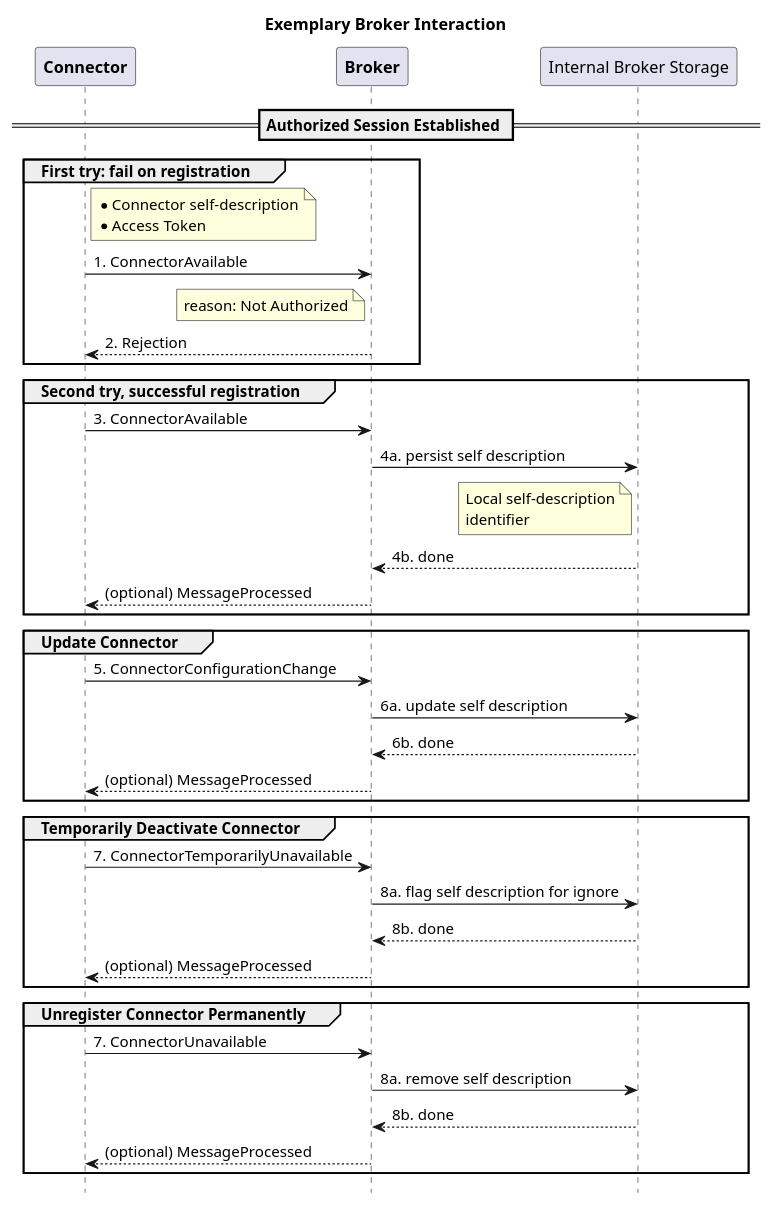
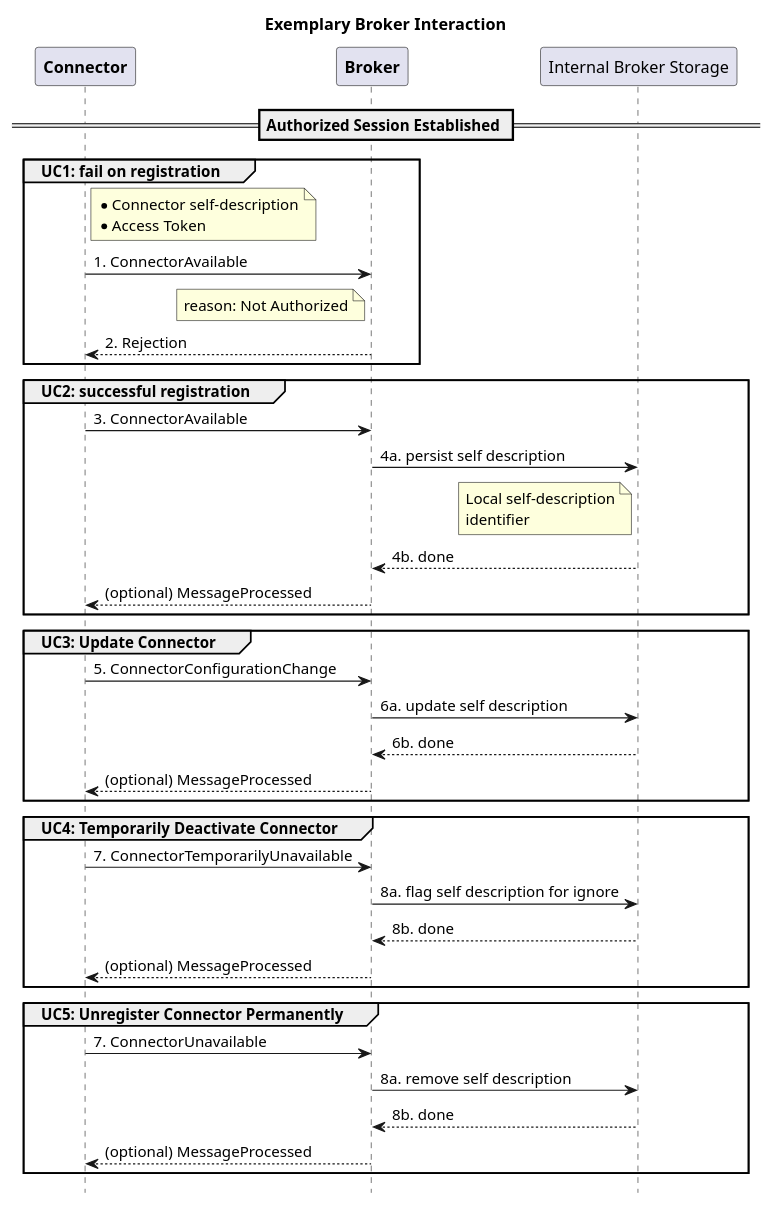
Before and after one commit to IndustrialDataSpace/Documentation: the diagram in broker_interaction.plantuml, drawn with PlantUML.

Commit message:
enumerate use cases

```diff
--- a/broker_interaction.plantuml
+++ b/broker_interaction.plantuml
@@ -1,49 +1,49 @@
 @startuml
 
 hide footbox
 
 title Exemplary Broker Interaction
 
 participant "**Connector**" as C
 participant "**Broker**" as B
 participant "Internal Broker Storage" as IBS
 
 == Authorized Session Established ==
 
-group First try: fail on registration
+group UC1: fail on registration
     note right of C: *Connector self-description\n*Access Token
     C -> B: 1. ConnectorAvailable
     note left of B: reason: Not Authorized
     B --> C: 2. Rejection
 end
 
-group Second try, successful registration
+group UC2: successful registration
     C -> B: 3. ConnectorAvailable
     B -> IBS: 4a. persist self description
     note left of IBS: Local self-description\nidentifier
     IBS --> B: 4b. done
     B --> C: (optional) MessageProcessed
 end
 
-group Update Connector
+group UC3: Update Connector
     C -> B: 5. ConnectorConfigurationChange
     B -> IBS: 6a. update self description
     IBS --> B: 6b. done
     B --> C: (optional) MessageProcessed
 end
 
-group Temporarily Deactivate Connector
+group UC4: Temporarily Deactivate Connector
     C -> B: 7. ConnectorTemporarilyUnavailable
     B -> IBS: 8a. flag self description for ignore
     IBS --> B: 8b. done
     B --> C: (optional) MessageProcessed
 end
 
-group Unregister Connector Permanently
+group UC5: Unregister Connector Permanently
     C -> B: 7. ConnectorUnavailable
     B -> IBS: 8a. remove self description
     IBS --> B: 8b. done
     B --> C: (optional) MessageProcessed
 end
 
 @enduml
```
